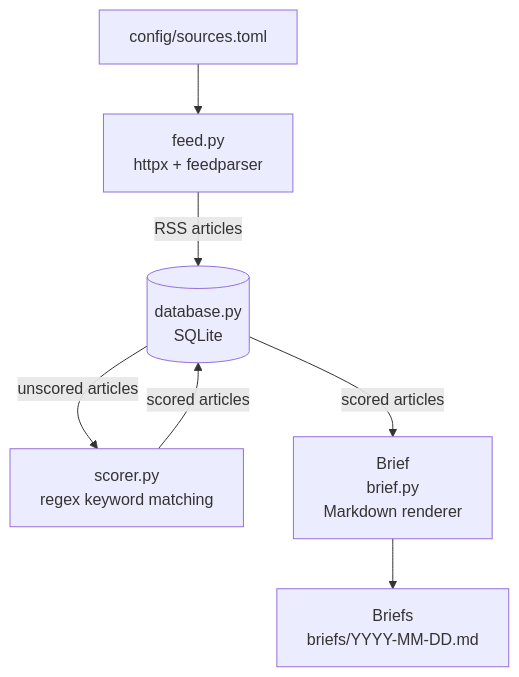
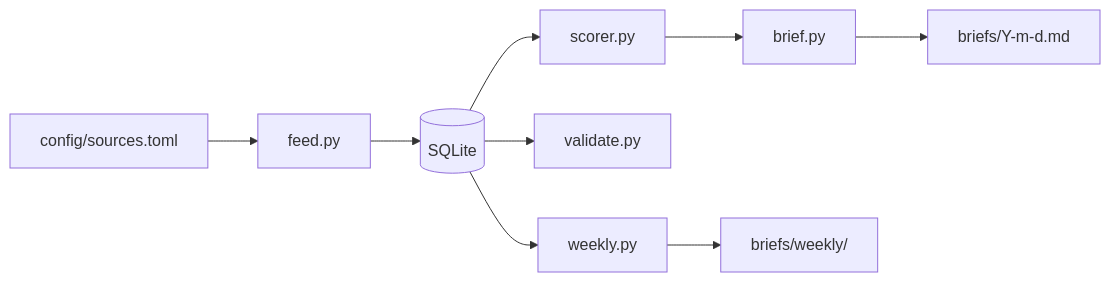
Before and after one commit to Qiao527/opsrisk-radar: the diagram in docs/architecture.md, drawn with Mermaid. The commit also changed other lines of this file and 5 other files, not shown here.

````diff
--- a/docs/architecture.md
+++ b/docs/architecture.md
@@ -7,9 +7,11 @@
 ```mermaid
-flowchart TD
-    CFG[config/sources.toml] --> F[feed.py<br/>httpx + feedparser]
-    F -->|RSS articles| DB[(database.py<br/>SQLite)]
-    DB -->|unscored articles| S[scorer.py<br/>regex keyword matching]
-    S -->|scored articles| DB
-    DB -->|scored articles| BR[Brief<br/>brief.py<br/>Markdown renderer]
-    BR --> OUT[Briefs<br/>briefs/YYYY-MM-DD.md]
+flowchart LR
+    CFG[config/sources.toml] --> F[feed.py]
+    F --> DB[(SQLite)]
+    DB --> S[scorer.py]
+    S --> BR[brief.py]
+    BR --> OUT[briefs/Y-m-d.md]
+    DB --> V[validate.py]
+    DB --> W[weekly.py]
+    W --> WO[briefs/weekly/]
 ```
````
